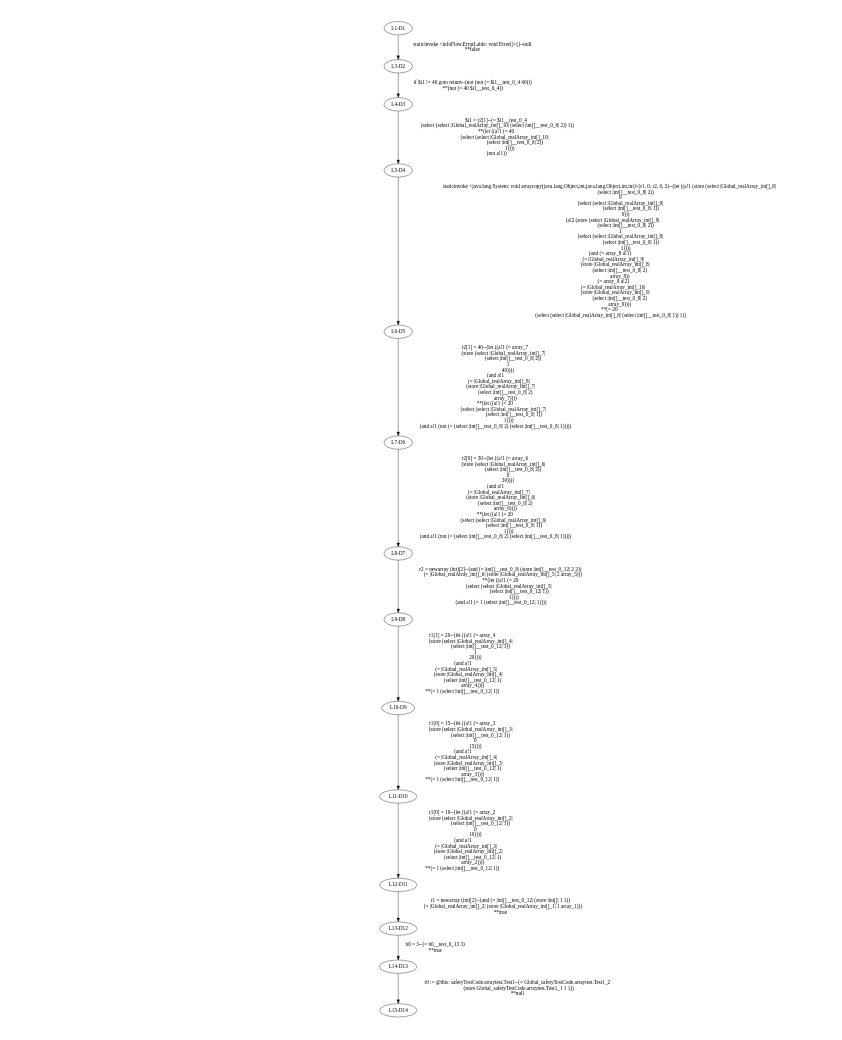
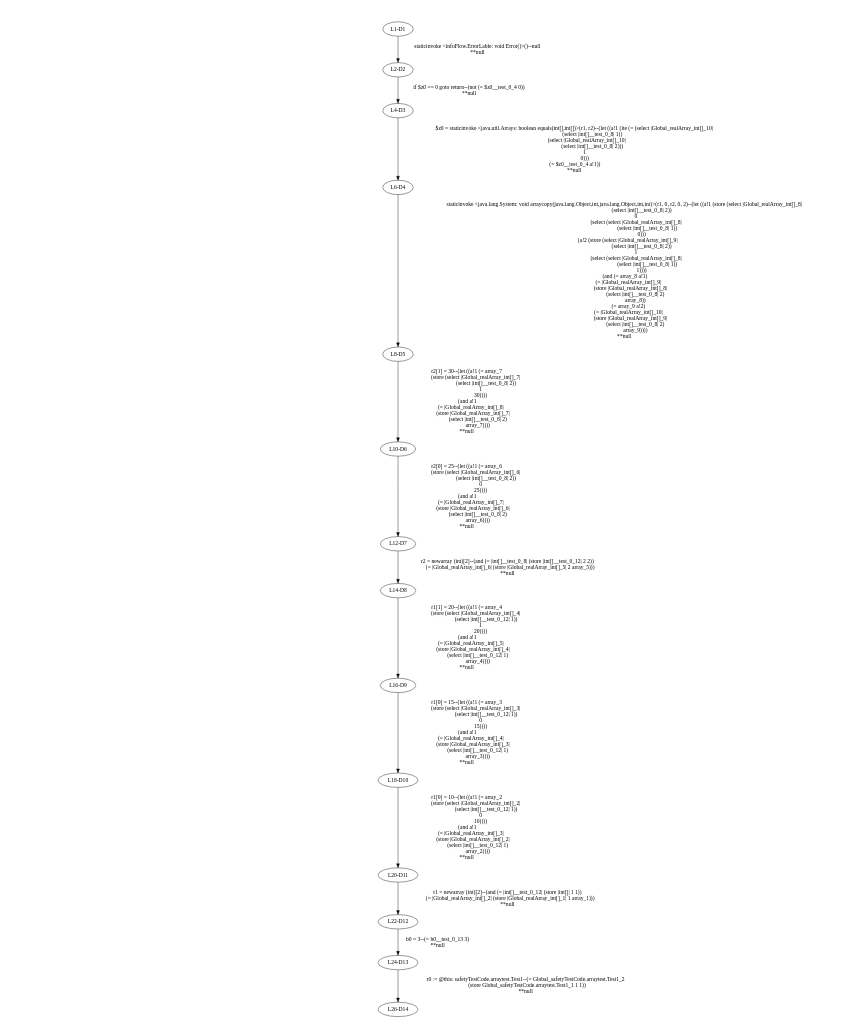
The diagram in SafetyChecker2/_errors.dot (gt-wunderhorn/gt-wunderhorn), drawn with Graphviz before and after one commit. The commit also changed 20 other files, not shown here.

Commit message:
Arrays.equals

```diff
--- a/SafetyChecker2/_errors.dot
+++ b/SafetyChecker2/_errors.dot
@@ -1,118 +1,106 @@
 digraph { 
 	ratio="fill";
 	size="4.3,5.7!";
 	margin=0;
-	"L1-D1" -> "L3-D2"[label="staticinvoke <infoFlow.ErrorLable: void Error()>()--null
-**false"];
-	"L3-D2" -> "L4-D3"[label="if $i1 != 40 goto return--(not (not (= $i1__test_0_4 40)))
-**(not (= 40 $i1__test_0_4))"];
-	"L4-D3" -> "L5-D4"[label="$i1 = r2[1]--(= $i1__test_0_4
-   (select (select |Global_realArray_int[]_10| (select |int[]__test_0_8| 2)) 1))
-**(let ((a!1 (= 40
-              (select (select |Global_realArray_int[]_10|
-                              (select |int[]__test_0_8| 2))
-                      1))))
-  (not a!1))"];
-	"L5-D4" -> "L6-D5"[label="staticinvoke <java.lang.System: void arraycopy(java.lang.Object,int,java.lang.Object,int,int)>(r1, 0, r2, 0, 2)--(let ((a!1 (store (select |Global_realArray_int[]_8|
+	"L1-D1" -> "L2-D2"[label="staticinvoke <infoFlow.ErrorLable: void Error()>()--null
+**null"];
+	"L2-D2" -> "L4-D3"[label="if $z0 == 0 goto return--(not (= $z0__test_0_4 0))
+**null"];
+	"L4-D3" -> "L6-D4"[label="$z0 = staticinvoke <java.util.Arrays: boolean equals(int[],int[])>(r1, r2)--(let ((a!1 (ite (= (select |Global_realArray_int[]_10|
+                           (select |int[]__test_0_8| 1))
+                   (select |Global_realArray_int[]_10|
+                           (select |int[]__test_0_8| 2)))
+                1
+                0)))
+  (= $z0__test_0_4 a!1))
+**null"];
+	"L6-D4" -> "L8-D5"[label="staticinvoke <java.lang.System: void arraycopy(java.lang.Object,int,java.lang.Object,int,int)>(r1, 0, r2, 0, 2)--(let ((a!1 (store (select |Global_realArray_int[]_8|
                           (select |int[]__test_0_8| 2))
                   0
                   (select (select |Global_realArray_int[]_8|
                                   (select |int[]__test_0_8| 1))
                           0)))
       (a!2 (store (select |Global_realArray_int[]_9|
                           (select |int[]__test_0_8| 2))
                   1
                   (select (select |Global_realArray_int[]_8|
                                   (select |int[]__test_0_8| 1))
                           1))))
   (and (= array_8 a!1)
        (= |Global_realArray_int[]_9|
           (store |Global_realArray_int[]_8|
                  (select |int[]__test_0_8| 2)
                  array_8))
        (= array_9 a!2)
        (= |Global_realArray_int[]_10|
           (store |Global_realArray_int[]_9|
                  (select |int[]__test_0_8| 2)
                  array_9))))
-**(= 20
-   (select (select |Global_realArray_int[]_8| (select |int[]__test_0_8| 1)) 1))"];
-	"L6-D5" -> "L7-D6"[label="r2[1] = 40--(let ((a!1 (= array_7
+**null"];
+	"L8-D5" -> "L10-D6"[label="r2[1] = 30--(let ((a!1 (= array_7
               (store (select |Global_realArray_int[]_7|
                              (select |int[]__test_0_8| 2))
                      1
-                     40))))
+                     30))))
   (and a!1
        (= |Global_realArray_int[]_8|
           (store |Global_realArray_int[]_7|
                  (select |int[]__test_0_8| 2)
                  array_7))))
-**(let ((a!1 (= 20
-              (select (select |Global_realArray_int[]_7|
-                              (select |int[]__test_0_8| 1))
-                      1))))
-  (and a!1 (not (= (select |int[]__test_0_8| 2) (select |int[]__test_0_8| 1)))))"];
-	"L7-D6" -> "L8-D7"[label="r2[0] = 30--(let ((a!1 (= array_6
+**null"];
+	"L10-D6" -> "L12-D7"[label="r2[0] = 25--(let ((a!1 (= array_6
               (store (select |Global_realArray_int[]_6|
                              (select |int[]__test_0_8| 2))
                      0
-                     30))))
+                     25))))
   (and a!1
        (= |Global_realArray_int[]_7|
           (store |Global_realArray_int[]_6|
                  (select |int[]__test_0_8| 2)
                  array_6))))
-**(let ((a!1 (= 20
-              (select (select |Global_realArray_int[]_6|
-                              (select |int[]__test_0_8| 1))
-                      1))))
-  (and a!1 (not (= (select |int[]__test_0_8| 2) (select |int[]__test_0_8| 1)))))"];
-	"L8-D7" -> "L9-D8"[label="r2 = newarray (int)[2]--(and (= |int[]__test_0_8| (store |int[]__test_0_12| 2 2))
+**null"];
+	"L12-D7" -> "L14-D8"[label="r2 = newarray (int)[2]--(and (= |int[]__test_0_8| (store |int[]__test_0_12| 2 2))
      (= |Global_realArray_int[]_6| (store |Global_realArray_int[]_5| 2 array_5)))
-**(let ((a!1 (= 20
-              (select (select |Global_realArray_int[]_5|
-                              (select |int[]__test_0_12| 1))
-                      1))))
-  (and a!1 (= 1 (select |int[]__test_0_12| 1))))"];
-	"L9-D8" -> "L10-D9"[label="r1[1] = 20--(let ((a!1 (= array_4
+**null"];
+	"L14-D8" -> "L16-D9"[label="r1[1] = 20--(let ((a!1 (= array_4
               (store (select |Global_realArray_int[]_4|
                              (select |int[]__test_0_12| 1))
                      1
                      20))))
   (and a!1
        (= |Global_realArray_int[]_5|
           (store |Global_realArray_int[]_4|
                  (select |int[]__test_0_12| 1)
                  array_4))))
-**(= 1 (select |int[]__test_0_12| 1))"];
-	"L10-D9" -> "L11-D10"[label="r1[0] = 15--(let ((a!1 (= array_3
+**null"];
+	"L16-D9" -> "L18-D10"[label="r1[0] = 15--(let ((a!1 (= array_3
               (store (select |Global_realArray_int[]_3|
                              (select |int[]__test_0_12| 1))
                      0
                      15))))
   (and a!1
        (= |Global_realArray_int[]_4|
           (store |Global_realArray_int[]_3|
                  (select |int[]__test_0_12| 1)
                  array_3))))
-**(= 1 (select |int[]__test_0_12| 1))"];
-	"L11-D10" -> "L12-D11"[label="r1[0] = 10--(let ((a!1 (= array_2
+**null"];
+	"L18-D10" -> "L20-D11"[label="r1[0] = 10--(let ((a!1 (= array_2
               (store (select |Global_realArray_int[]_2|
                              (select |int[]__test_0_12| 1))
                      0
                      10))))
   (and a!1
        (= |Global_realArray_int[]_3|
           (store |Global_realArray_int[]_2|
                  (select |int[]__test_0_12| 1)
                  array_2))))
-**(= 1 (select |int[]__test_0_12| 1))"];
-	"L12-D11" -> "L13-D12"[label="r1 = newarray (int)[2]--(and (= |int[]__test_0_12| (store |int[]| 1 1))
+**null"];
+	"L20-D11" -> "L22-D12"[label="r1 = newarray (int)[2]--(and (= |int[]__test_0_12| (store |int[]| 1 1))
      (= |Global_realArray_int[]_2| (store |Global_realArray_int[]_1| 1 array_1)))
-**true"];
-	"L13-D12" -> "L14-D13"[label="b0 = 3--(= b0__test_0_13 3)
-**true"];
-	"L14-D13" -> "L15-D14"[label="r0 := @this: safetyTestCode.arraytest.Test1--(= Global_safetyTestCode.arraytest.Test1_2
+**null"];
+	"L22-D12" -> "L24-D13"[label="b0 = 3--(= b0__test_0_13 3)
+**null"];
+	"L24-D13" -> "L26-D14"[label="r0 := @this: safetyTestCode.arraytest.Test1--(= Global_safetyTestCode.arraytest.Test1_2
    (store Global_safetyTestCode.arraytest.Test1_1 1 1))
 **null"];
 }
```
